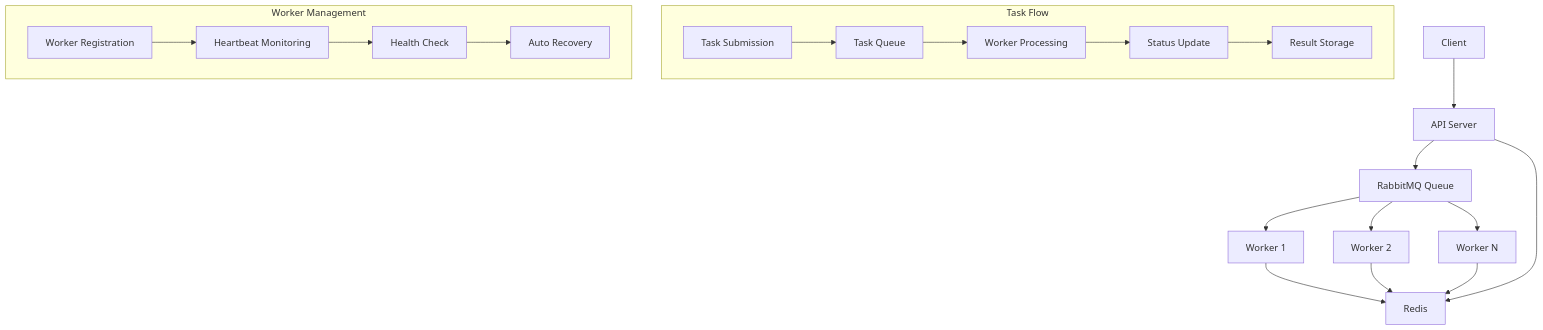
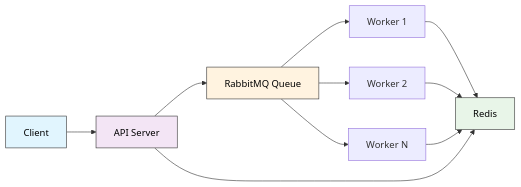
The first of 3 diagrams in README.md (zlm23github/distributed-task-scheduler), drawn with Mermaid before and after one commit. The commit also changed other lines of this file, not shown here.

Commit message:
update README.md data flow chart

````diff
--- a/README.md
+++ b/README.md
@@ -19,25 +21,17 @@
 ```mermaid
-graph TB
+graph LR
     A[Client] --> B[API Server]
     B --> C[RabbitMQ Queue]
     C --> D[Worker 1]
     C --> E[Worker 2]
     C --> F[Worker N]
     D --> G[Redis]
     E --> G
     F --> G
     B --> G
     
-    subgraph "Task Flow"
-        H[Task Submission] --> I[Task Queue]
-        I --> J[Worker Processing]
-        J --> K[Status Update]
-        K --> L[Result Storage]
-    end
-    
-    subgraph "Worker Management"
-        M[Worker Registration] --> N[Heartbeat Monitoring]
-        N --> O[Health Check]
-        O --> P[Auto Recovery]
-    end
+    style A fill:#e1f5fe,stroke:#333,color:#000
+    style B fill:#f3e5f5,stroke:#333,color:#000
+    style C fill:#fff3e0,stroke:#333,color:#000
+    style G fill:#e8f5e8,stroke:#333,color:#000
 ```
````
